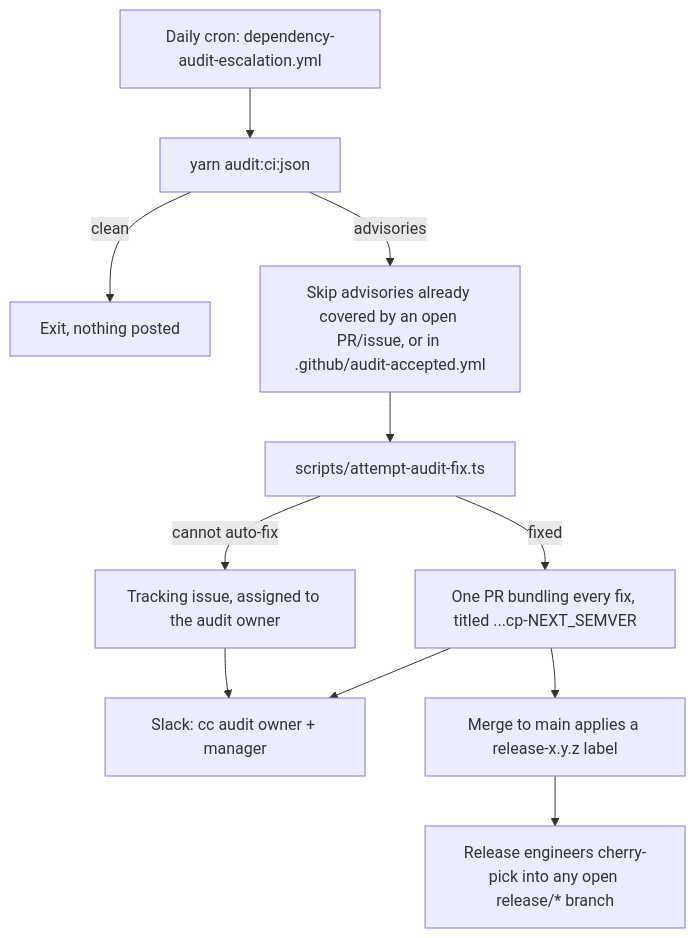
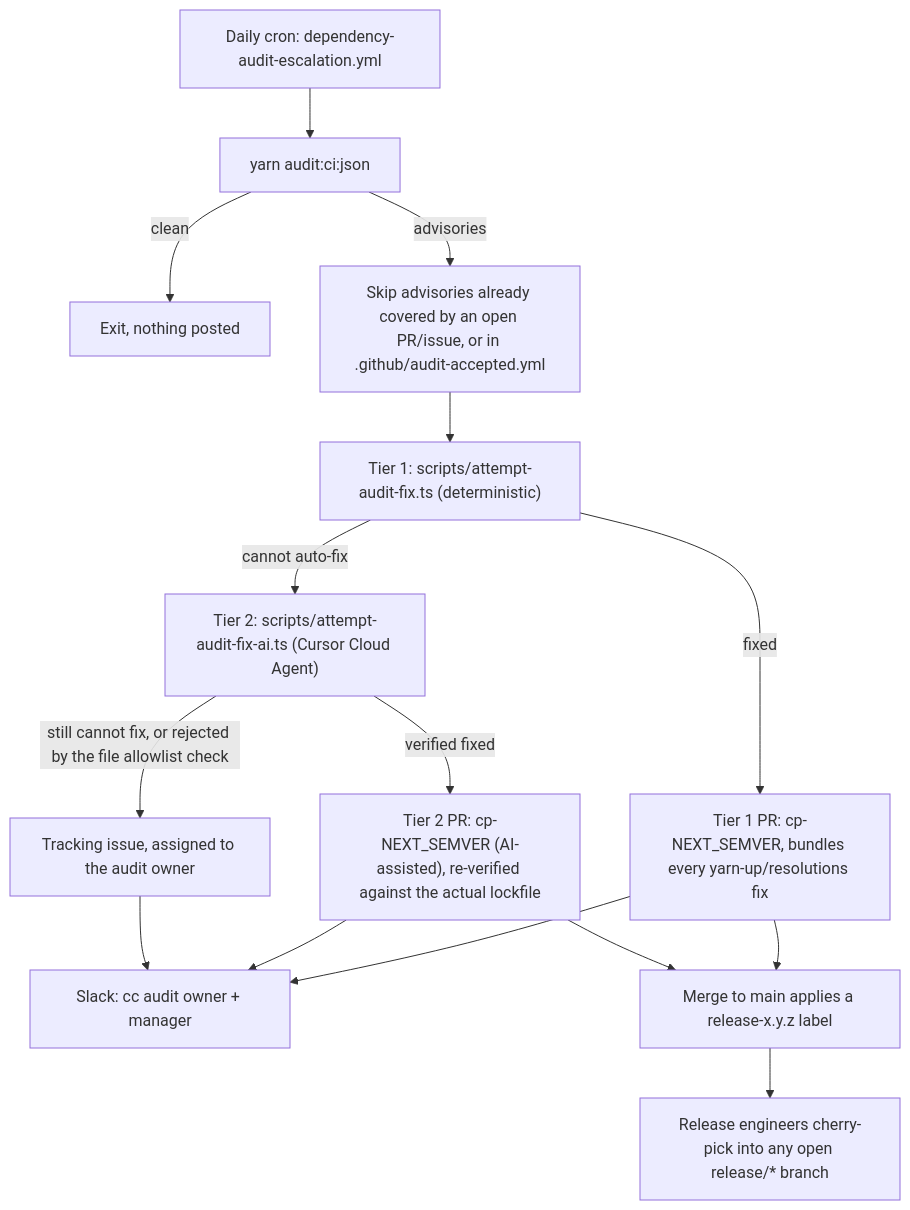
The diagram in docs/readme/dependency-audit.md (MetaMask/metamask-mobile), drawn with Mermaid before and after one commit. The commit also changed other lines of this file and 6 other files, not shown here.

First line of the commit message:
feat: add AI-assisted tier 2 to the dependency-audit escalation loop

````diff
--- a/docs/readme/dependency-audit.md
+++ b/docs/readme/dependency-audit.md
@@ -11,13 +11,17 @@
 ```mermaid
 flowchart TD
     cron["Daily cron: dependency-audit-escalation.yml"] --> run["yarn audit:ci:json"]
     run -->|clean| noop["Exit, nothing posted"]
     run -->|advisories| dedupe["Skip advisories already covered by an open PR/issue, or in .github/audit-accepted.yml"]
-    dedupe --> fix["scripts/attempt-audit-fix.ts"]
-    fix -->|fixed| pr["One PR bundling every fix, titled ...cp-NEXT_SEMVER"]
-    fix -->|"cannot auto-fix"| issue["Tracking issue, assigned to the audit owner"]
-    pr --> slack["Slack: cc audit owner + manager"]
+    dedupe --> fix1["Tier 1: scripts/attempt-audit-fix.ts (deterministic)"]
+    fix1 -->|fixed| pr1["Tier 1 PR: cp-NEXT_SEMVER, bundles every yarn-up/resolutions fix"]
+    fix1 -->|"cannot auto-fix"| fix2["Tier 2: scripts/attempt-audit-fix-ai.ts (Cursor Cloud Agent)"]
+    fix2 -->|"verified fixed"| pr2["Tier 2 PR: cp-NEXT_SEMVER (AI-assisted), re-verified against the actual lockfile"]
+    fix2 -->|"still cannot fix, or rejected by the file allowlist check"| issue["Tracking issue, assigned to the audit owner"]
+    pr1 --> slack["Slack: cc audit owner + manager"]
+    pr2 --> slack
     issue --> slack
-    pr --> label["Merge to main applies a release-x.y.z label"]
+    pr1 --> label["Merge to main applies a release-x.y.z label"]
+    pr2 --> label
     label --> pick["Release engineers cherry-pick into any open release/* branch"]
 ```
````
